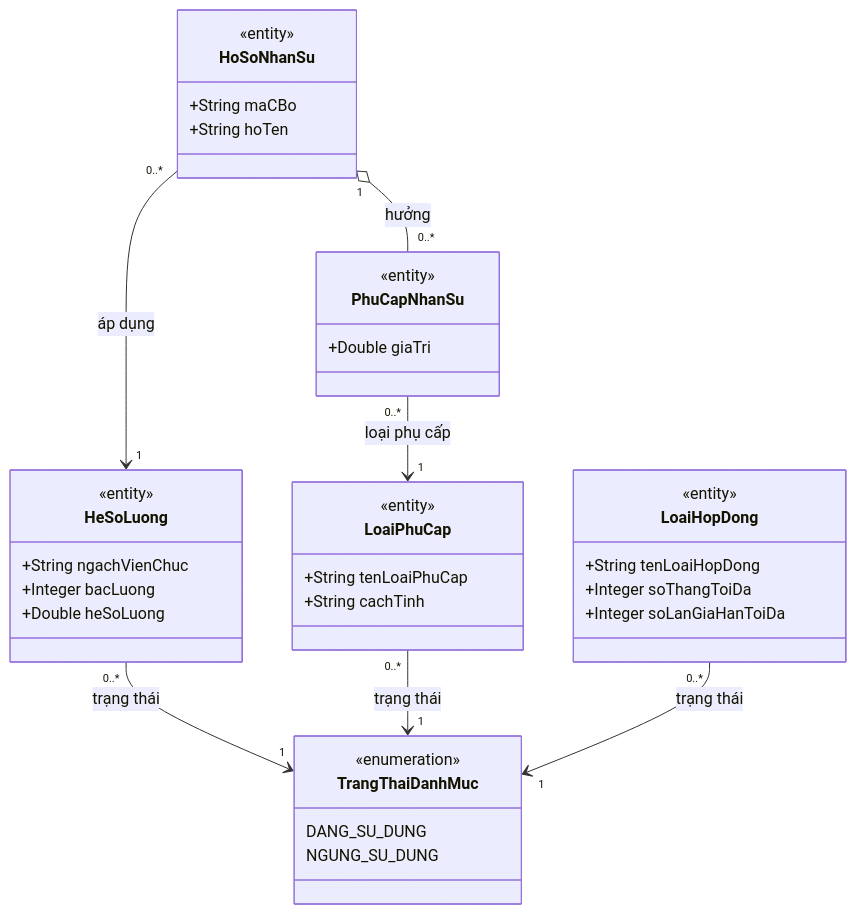
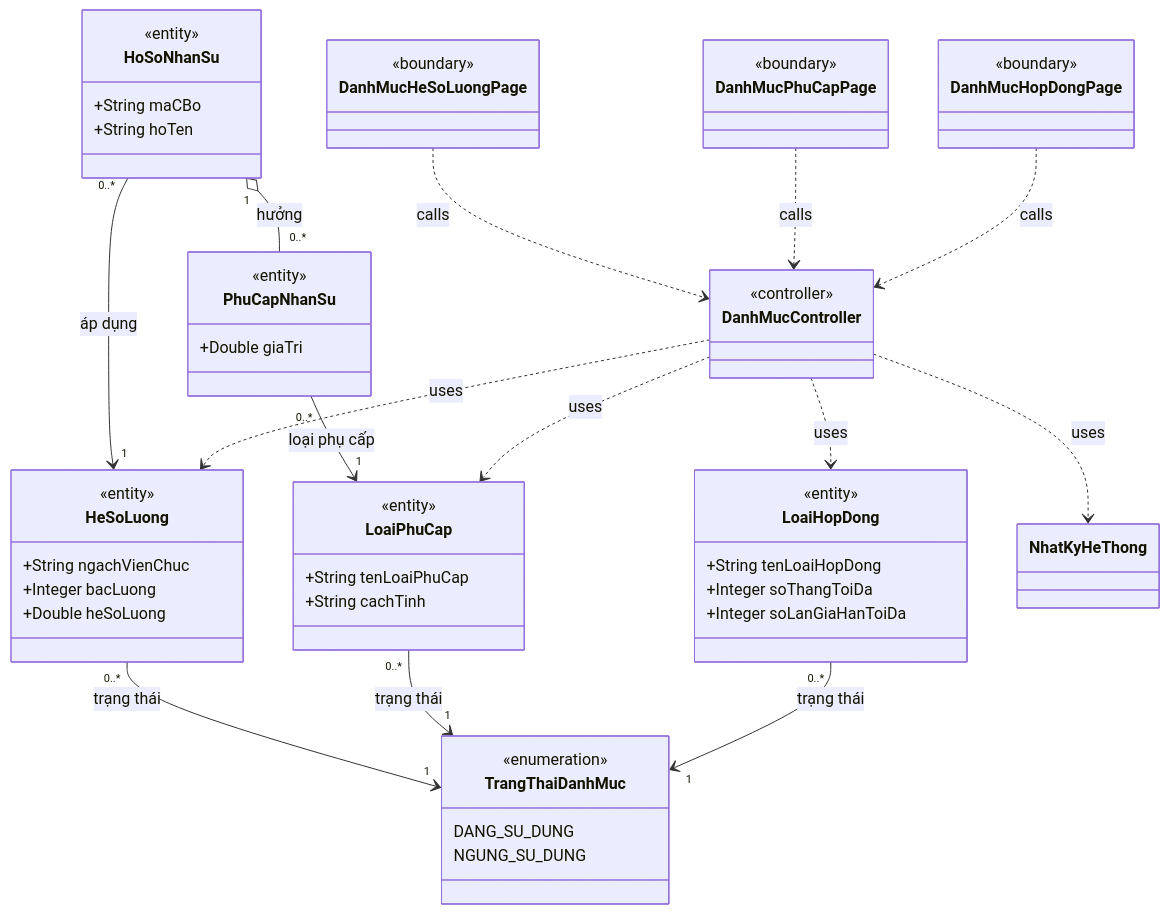
Before and after one commit to LoudlyDawn2108/ptycpm: the eighth of 11 diagrams in system-spec/class-diagram.md, drawn with Mermaid. The commit also changed other lines of this file and 6 other files, not shown here.

````diff
--- a/system-spec/class-diagram.md
+++ b/system-spec/class-diagram.md
@@ -1520,46 +2366,68 @@
 ```mermaid
 classDiagram
     class HeSoLuong {
         <<entity>>
         +String ngachVienChuc
         +Integer bacLuong
         +Double heSoLuong
     }
 
     class LoaiPhuCap {
         <<entity>>
         +String tenLoaiPhuCap
         +String cachTinh
     }
 
     class LoaiHopDong {
         <<entity>>
         +String tenLoaiHopDong
         +Integer soThangToiDa
         +Integer soLanGiaHanToiDa
     }
 
     class PhuCapNhanSu {
         <<entity>>
         +Double giaTri
     }
 
     class HoSoNhanSu {
         <<entity>>
         +String maCBo
         +String hoTen
     }
 
     class TrangThaiDanhMuc {
         <<enumeration>>
         DANG_SU_DUNG
         NGUNG_SU_DUNG
     }
 
+    class DanhMucHeSoLuongPage {
+        <<boundary>>
+    }
+    class DanhMucPhuCapPage {
+        <<boundary>>
+    }
+    class DanhMucHopDongPage {
+        <<boundary>>
+    }
+
+    class DanhMucController {
+        <<controller>>
+    }
+
     HoSoNhanSu "0..*" --> "1" HeSoLuong : áp dụng
     HoSoNhanSu "1" o-- "0..*" PhuCapNhanSu : hưởng
     PhuCapNhanSu "0..*" --> "1" LoaiPhuCap : loại phụ cấp
     HeSoLuong "0..*" --> "1" TrangThaiDanhMuc : trạng thái
     LoaiPhuCap "0..*" --> "1" TrangThaiDanhMuc : trạng thái
     LoaiHopDong "0..*" --> "1" TrangThaiDanhMuc : trạng thái
+
+    DanhMucHeSoLuongPage ..> DanhMucController : calls
+    DanhMucPhuCapPage ..> DanhMucController : calls
+    DanhMucHopDongPage ..> DanhMucController : calls
+    DanhMucController ..> HeSoLuong : uses
+    DanhMucController ..> LoaiPhuCap : uses
+    DanhMucController ..> LoaiHopDong : uses
+    DanhMucController ..> NhatKyHeThong : uses
 ```
````
